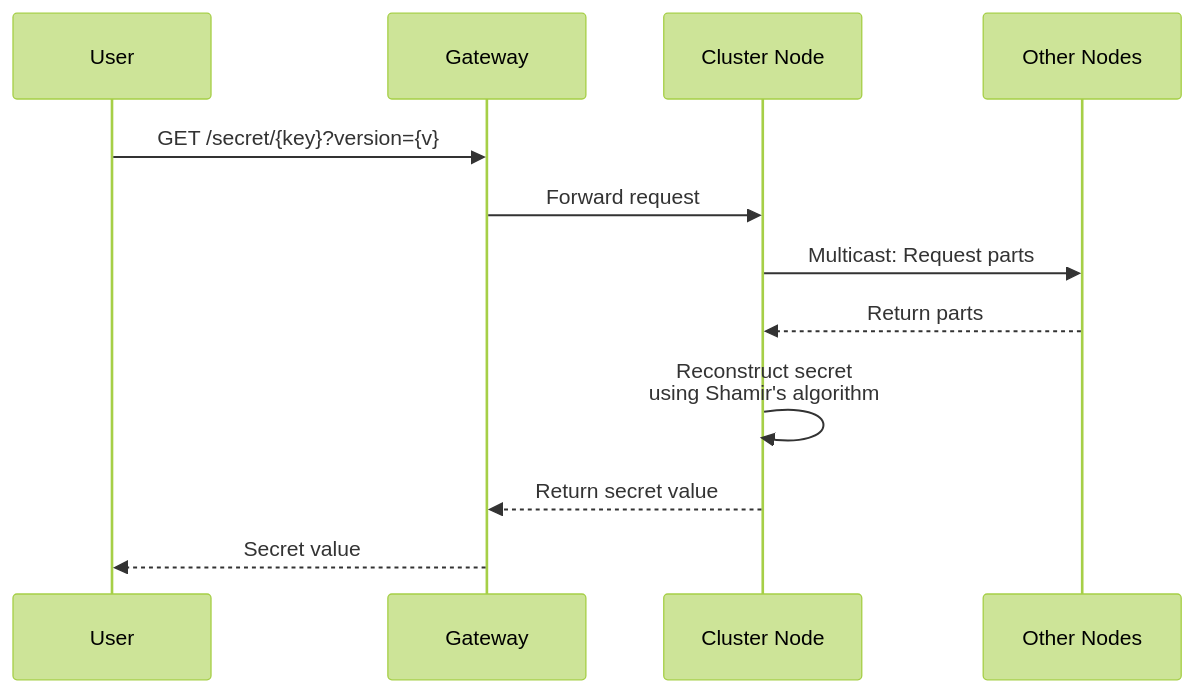
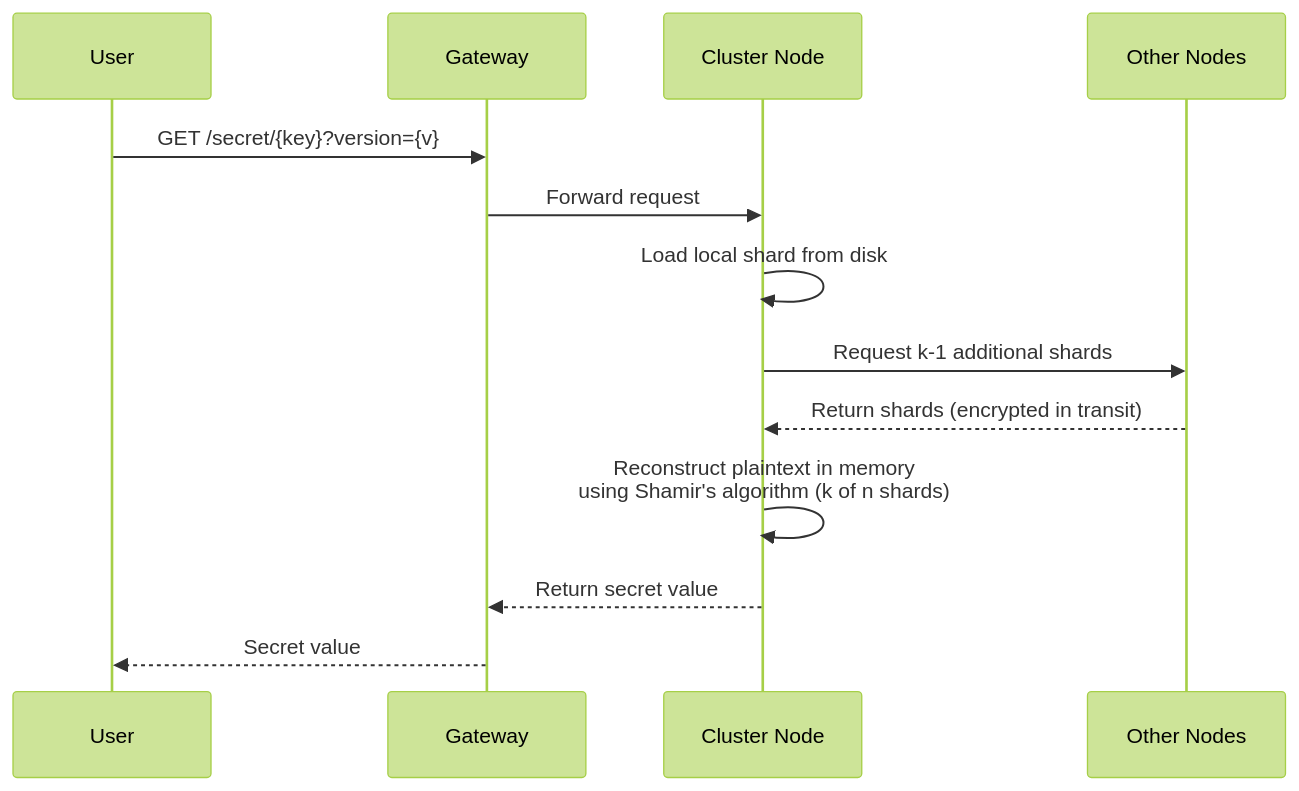
The third of 6 diagrams in docs/architecture.md (S26-Distributed-Capstone/DistributedSecretsVault), drawn with Mermaid (forest theme) before and after one commit. The commit also changed other lines of this file, not shown here.

Commit message:
update to architecture file

````diff
--- a/docs/architecture.md
+++ b/docs/architecture.md
@@ -66,15 +75,16 @@
 ```mermaid
 sequenceDiagram
     participant User
     participant Gateway
     participant Node as Cluster Node
     participant Cluster as Other Nodes
 
     User->>Gateway: GET /secret/{key}?version={v}
     Gateway->>Node: Forward request
-    Node->>Cluster: Multicast: Request parts
-    Cluster-->>Node: Return parts
-    Node->>Node: Reconstruct secret<br/>using Shamir's algorithm
+    Node->>Node: Load local shard from disk
+    Node->>Cluster: Request k-1 additional shards
+    Cluster-->>Node: Return shards (encrypted in transit)
+    Node->>Node: Reconstruct plaintext in memory<br/>using Shamir's algorithm (k of n shards)
     Node-->>Gateway: Return secret value
     Gateway-->>User: Secret value
 ```
````
